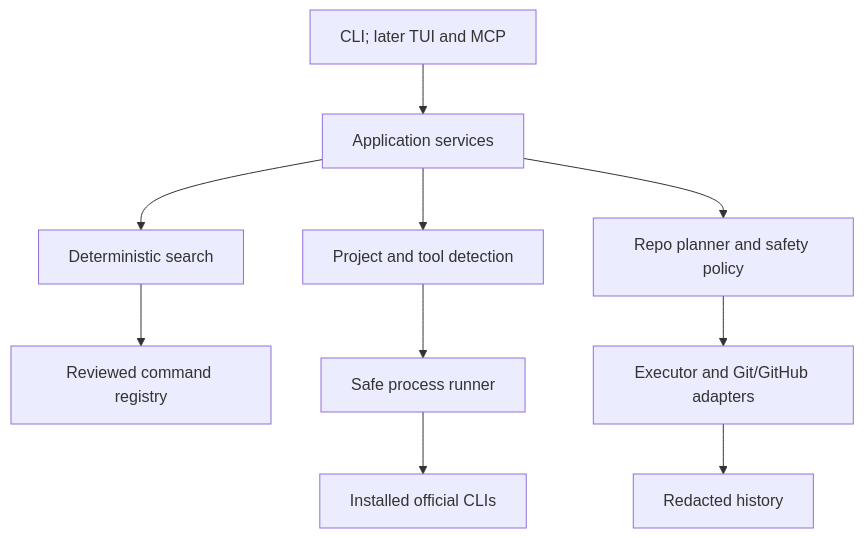
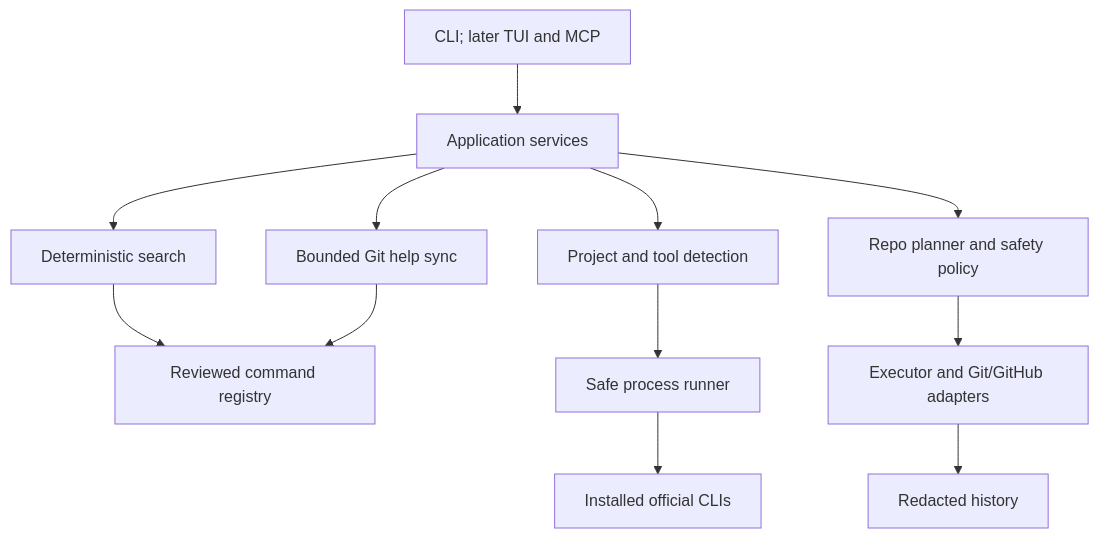
The diagram in README.md (FornaxChemica/Devtize), drawn with Mermaid before and after one commit. The commit also changed other lines of this file and 34 other files, not shown here.

Commit message:
feat(sync): add version-aware Git knowledge

````diff
--- a/README.md
+++ b/README.md
@@ -64,12 +66,14 @@
 ```mermaid
 flowchart TD
     UI[CLI; later TUI and MCP] --> APP[Application services]
     APP --> DETECT[Project and tool detection]
     APP --> SEARCH[Deterministic search]
     SEARCH --> REG[Reviewed command registry]
+    APP --> SYNC[Bounded Git help sync]
+    SYNC --> REG
     DETECT --> PROC[Safe process runner]
     PROC --> CLIS[Installed official CLIs]
     APP --> PLAN[Repo planner and safety policy]
     PLAN --> EXEC[Executor and Git/GitHub adapters]
     EXEC --> HIST[Redacted history]
 ```
````
